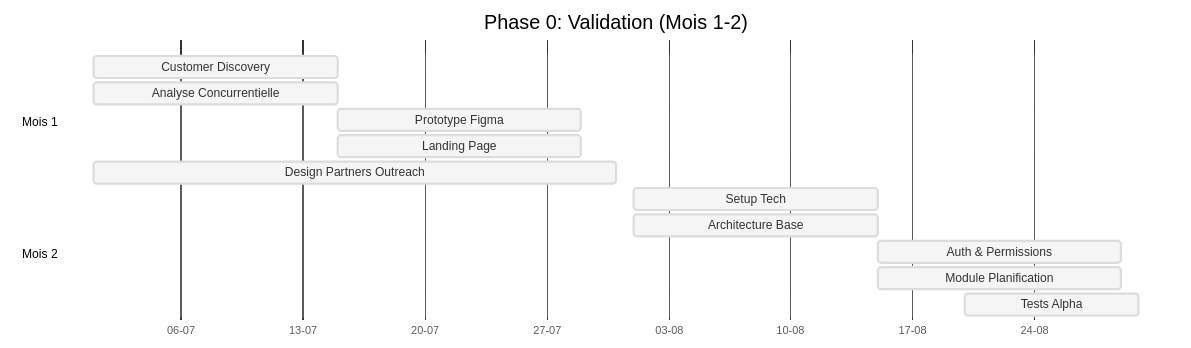
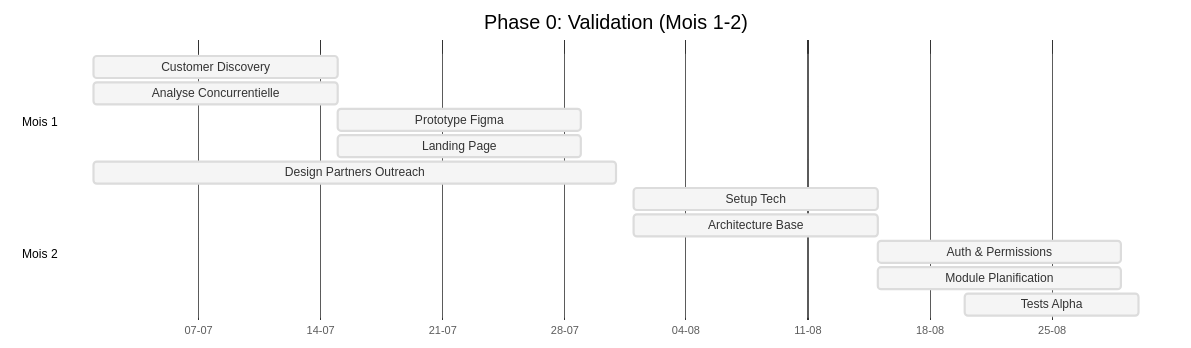
The third of 5 diagrams in project/6_product_specifications/PRD_PHASE1_MVP.md (MacroMan5/project_a3e_beta), drawn with Mermaid before and after one commit. The commit also changed other lines of this file and 16 other files, not shown here.

````diff
--- a/project/6_product_specifications/PRD_PHASE1_MVP.md
+++ b/project/6_product_specifications/PRD_PHASE1_MVP.md
@@ -107,21 +126,21 @@
 ```mermaid
 %%{init: {'theme': 'base', 'themeVariables': { 'primaryColor': '#f5f5f5', 'lineColor': '#999'}}}%%
 gantt
     title Phase 0: Validation (Mois 1-2)
     dateFormat  YYYY-MM-DD
     axisFormat  %d-%m
     
     section Mois 1
-    Customer Discovery       :a1, 2025-07-01, 14d
-    Analyse Concurrentielle  :a2, 2025-07-01, 14d
-    Prototype Figma          :a3, 2025-07-15, 14d
-    Landing Page             :a4, 2025-07-15, 14d
-    Design Partners Outreach :a5, 2025-07-01, 30d
+    Customer Discovery       :a1, 2024-07-01, 14d
+    Analyse Concurrentielle  :a2, 2024-07-01, 14d
+    Prototype Figma          :a3, 2024-07-15, 14d
+    Landing Page             :a4, 2024-07-15, 14d
+    Design Partners Outreach :a5, 2024-07-01, 30d
     
     section Mois 2
-    Setup Tech               :b1, 2025-08-01, 14d
-    Architecture Base        :b2, 2025-08-01, 14d
-    Auth & Permissions       :b3, 2025-08-15, 14d
-    Module Planification     :b4, 2025-08-15, 14d
-    Tests Alpha              :b5, 2025-08-20, 10d
+    Setup Tech               :b1, 2024-08-01, 14d
+    Architecture Base        :b2, 2024-08-01, 14d
+    Auth & Permissions       :b3, 2024-08-15, 14d
+    Module Planification     :b4, 2024-08-15, 14d
+    Tests Alpha              :b5, 2024-08-20, 10d
 ```
````
